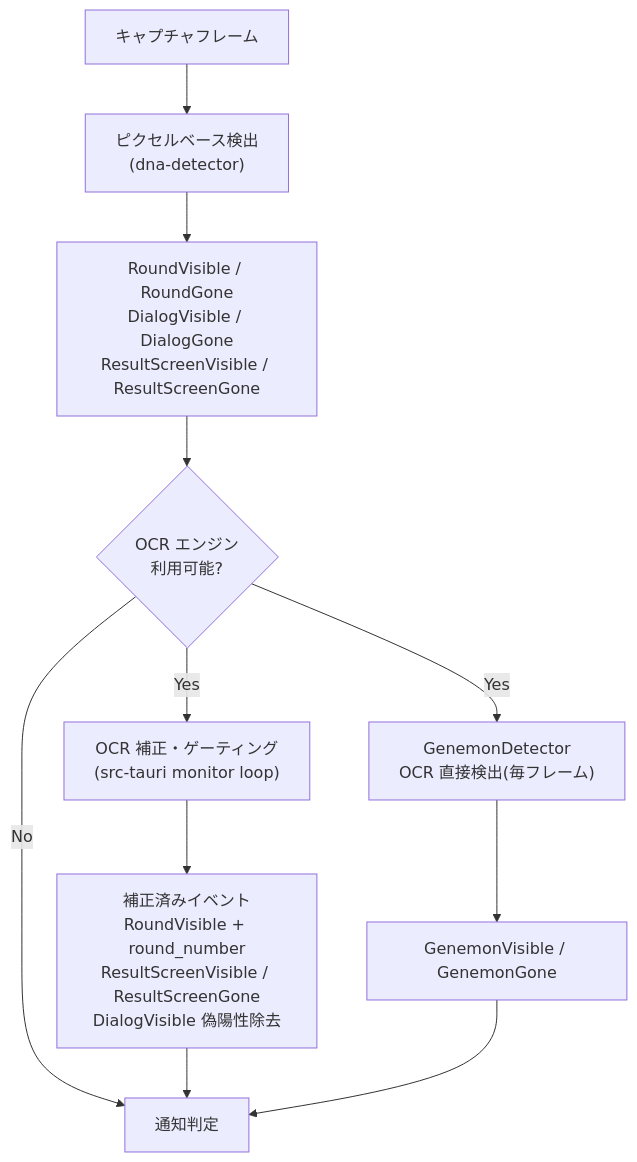
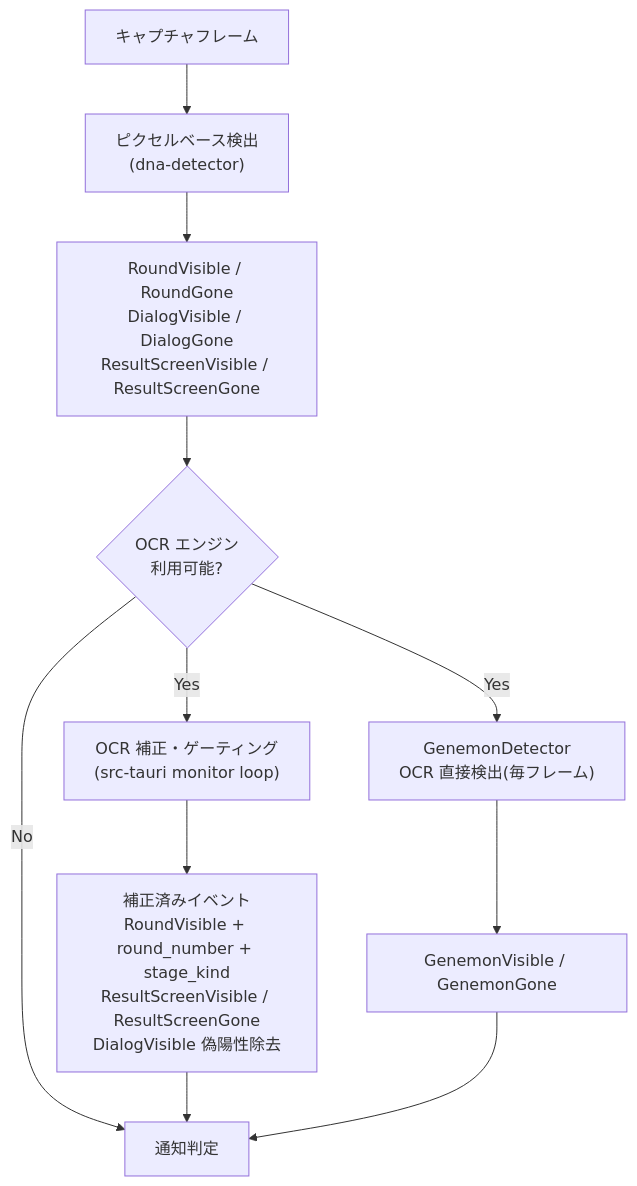
The third of 4 diagrams in docs/specs/components/detection-overview.md (naa0yama/dna-assistant), drawn with Mermaid before and after one commit. The commit also changed other lines of this file and 11 other files, not shown here.

First line of the commit message:
feat: add guard stage detection and per-stage round-trip thresholds (#236)

````diff
--- a/docs/specs/components/detection-overview.md
+++ b/docs/specs/components/detection-overview.md
@@ -154,14 +155,14 @@
 ```mermaid
 flowchart TD
     FRAME["キャプチャフレーム"]
     FRAME --> PIXEL["ピクセルベース検出\n(dna-detector)"]
     PIXEL --> P_EVENTS["RoundVisible / RoundGone\nDialogVisible / DialogGone\nResultScreenVisible / ResultScreenGone"]
     P_EVENTS --> OCR{"OCR エンジン\n利用可能?"}
     OCR -- Yes --> ENRICH["OCR 補正・ゲーティング\n(src-tauri monitor loop)"]
     OCR -- Yes --> GENEMON_DET["GenemonDetector\nOCR 直接検出(毎フレーム)"]
     OCR -- No --> NOTIFY["通知判定"]
-    ENRICH --> ENRICHED["補正済みイベント\nRoundVisible + round_number\nResultScreenVisible / ResultScreenGone\nDialogVisible 偽陽性除去"]
+    ENRICH --> ENRICHED["補正済みイベント\nRoundVisible + round_number + stage_kind\nResultScreenVisible / ResultScreenGone\nDialogVisible 偽陽性除去"]
     GENEMON_DET --> GENEMON_EV["GenemonVisible / GenemonGone"]
     ENRICHED --> NOTIFY
     GENEMON_EV --> NOTIFY
 ```
````
